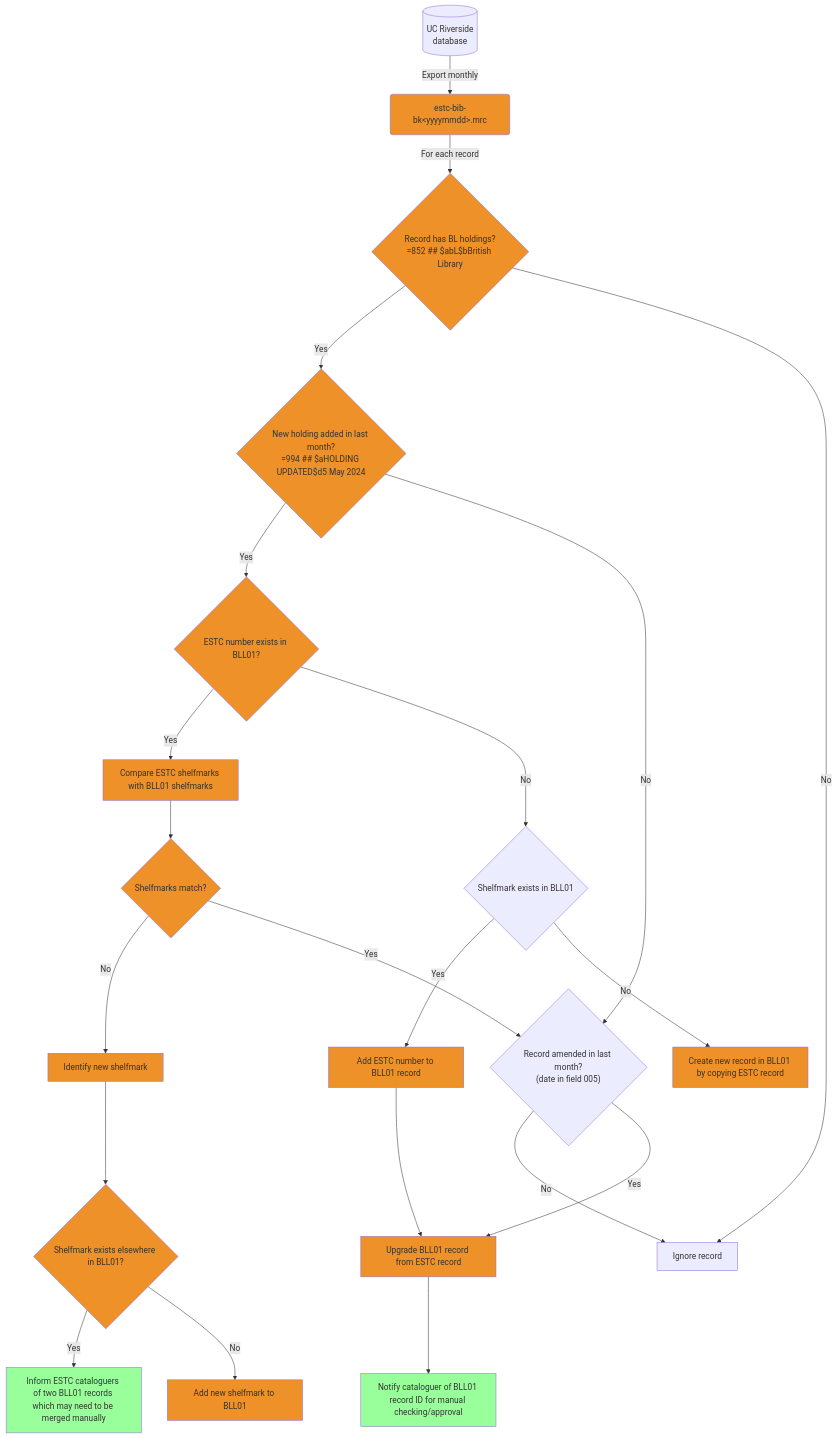
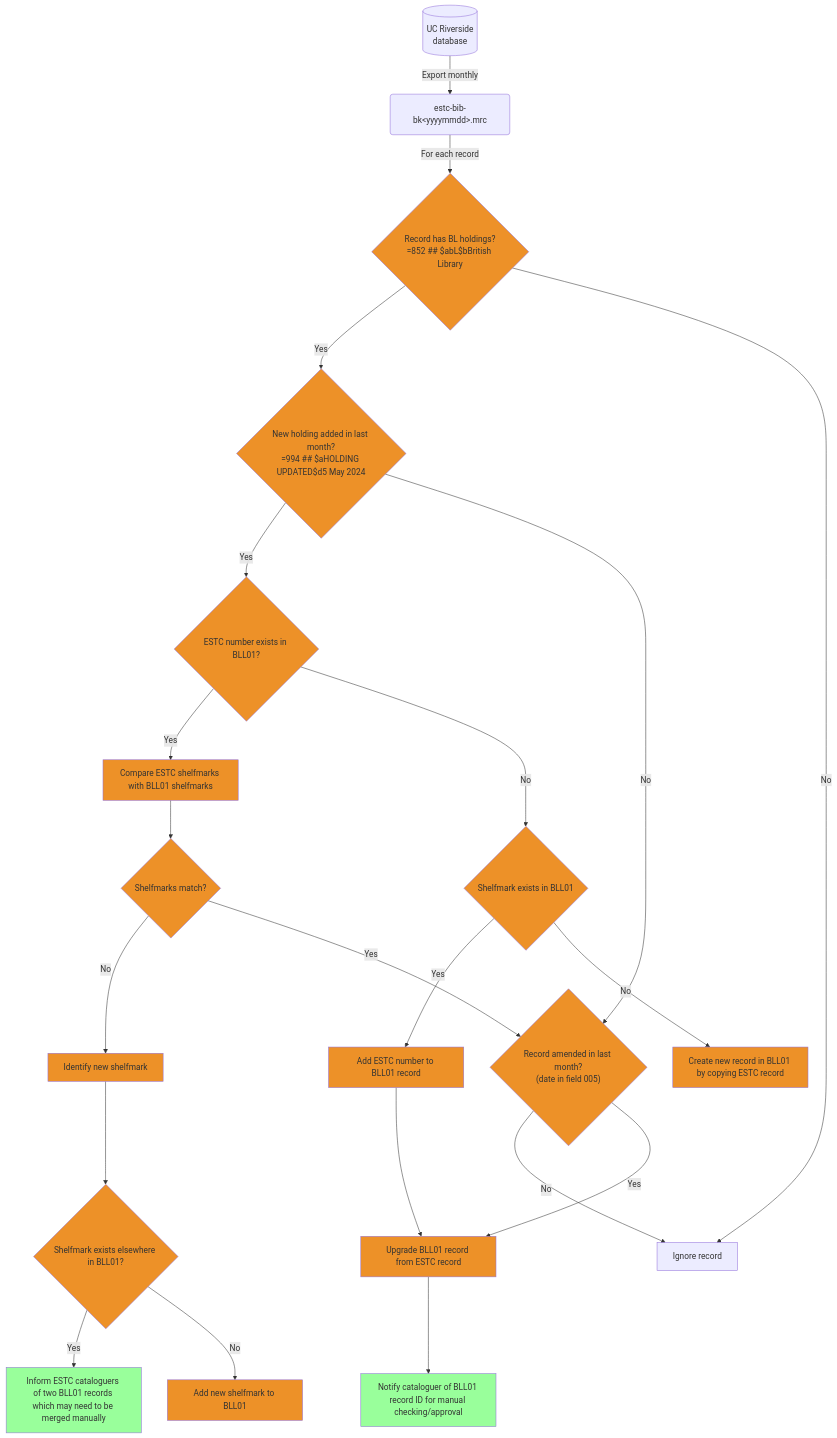
The second of 2 diagrams in README.md (britishlibrary/ESTC-migration), drawn with Mermaid before and after one commit.

````diff
--- a/README.md
+++ b/README.md
@@ -15,27 +15,27 @@
 ```mermaid
 flowchart TD;
 A[(UC Riverside<br/>database)] -->|Export monthly| B(estc-bib-bk&lt;yyyymmdd&gt;.mrc)
 B -->|For each record|C{"Record has BL holdings?<br/>=852 ## $abL$bBritish Library" }
 C -->|Yes|D{"New holding added in last month?<br/>=994 ## $aHOLDING UPDATED$d5 May 2024" }
 C -->|No|E[Ignore record]
 D -->|Yes|F{"ESTC number exists in BLL01?"}
 D -->|No|G{"Record amended in last month?<br/>(date in field 005)"}
 F -->|Yes|J["Compare ESTC shelfmarks with BLL01 shelfmarks"]
 J -->L{Shelfmarks match?}
 L -->|No|M[Identify new shelfmark]
 L -->|Yes|G
 M -->N{Shelfmark exists elsewhere in BLL01?}
 N -->|Yes|O[Inform ESTC cataloguers of two BLL01 records which may need to be merged manually]
 N -->|No|P[Add new shelfmark to BLL01]
 F -->|No|I{"Shelfmark exists in BLL01"}
 I -->|Yes|Q[Add ESTC number to BLL01 record]
 I -->|No|R[Create new record in BLL01 by copying ESTC record]
 G -->|No|E
 Q -->S[Upgrade BLL01 record from ESTC record]
 S -->T[Notify cataloguer of BLL01 record ID for manual checking/approval]
 G -->|Yes|S
 classDef automated fill:#ed9128
 classDef manual fill:#99ff9b
-class B,C,D,F,J,L,M,N,P,Q,R,S automated;
+class C,D,F,G,I,J,L,M,N,P,Q,R,S automated;
 class O,T manual;
 ```
````
